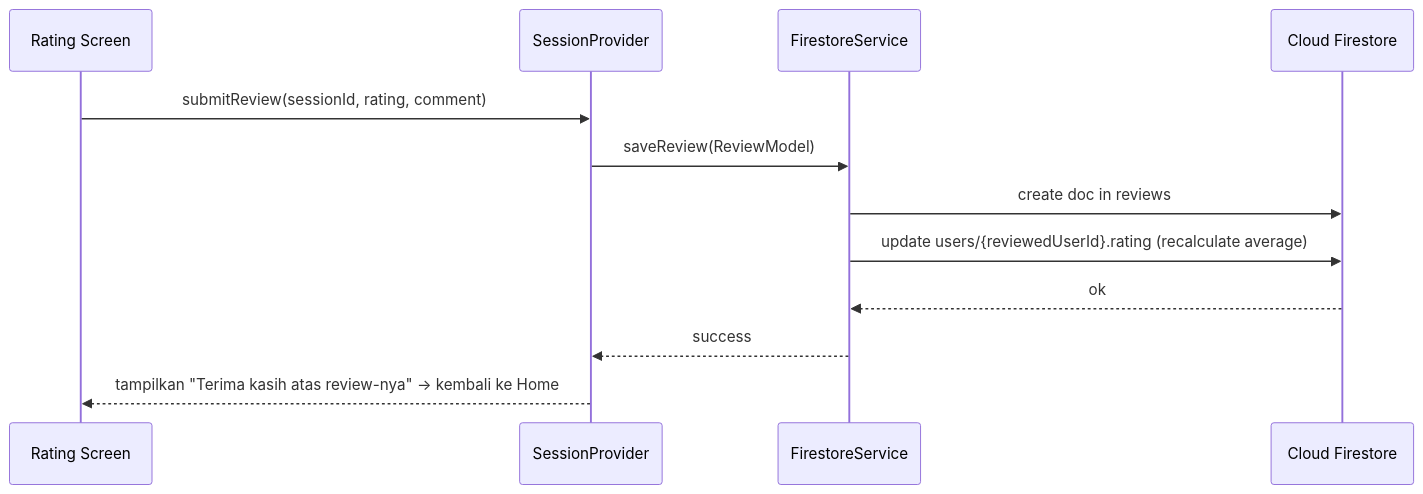
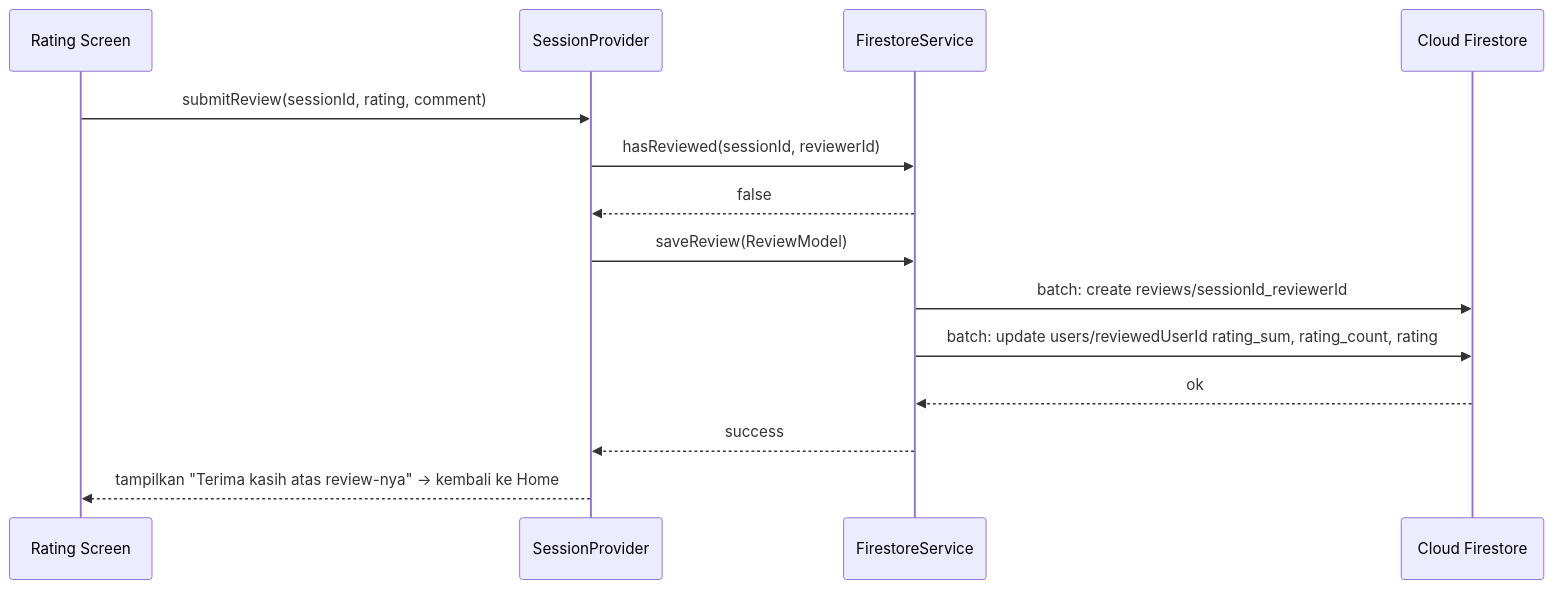
The seventh of 9 diagrams in Architecture.md (Gabriel1-05/SkillSwap), drawn with Mermaid before and after one commit. The commit also changed other lines of this file, not shown here.

````diff
--- a/Architecture.md
+++ b/Architecture.md
@@ -287,15 +383,17 @@
 ```mermaid
 sequenceDiagram
     participant UI as Rating Screen
     participant P as SessionProvider
     participant F as FirestoreService
     participant DB as Cloud Firestore
 
     UI->>P: submitReview(sessionId, rating, comment)
+    P->>F: hasReviewed(sessionId, reviewerId)
+    F-->>P: false
     P->>F: saveReview(ReviewModel)
-    F->>DB: create doc in reviews
-    F->>DB: update users/{reviewedUserId}.rating (recalculate average)
+    F->>DB: batch: create reviews/sessionId_reviewerId
+    F->>DB: batch: update users/reviewedUserId rating_sum, rating_count, rating
     DB-->>F: ok
     F-->>P: success
     P-->>UI: tampilkan "Terima kasih atas review-nya" -> kembali ke Home
 ```
````
